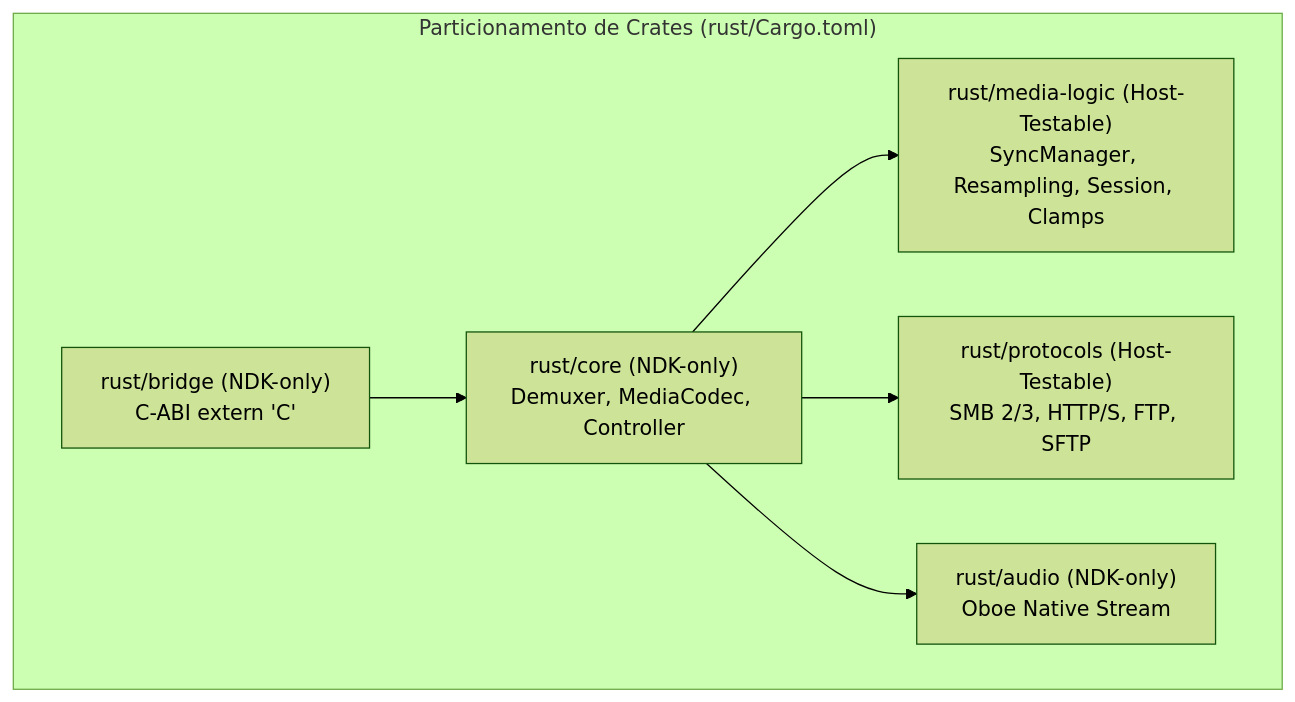
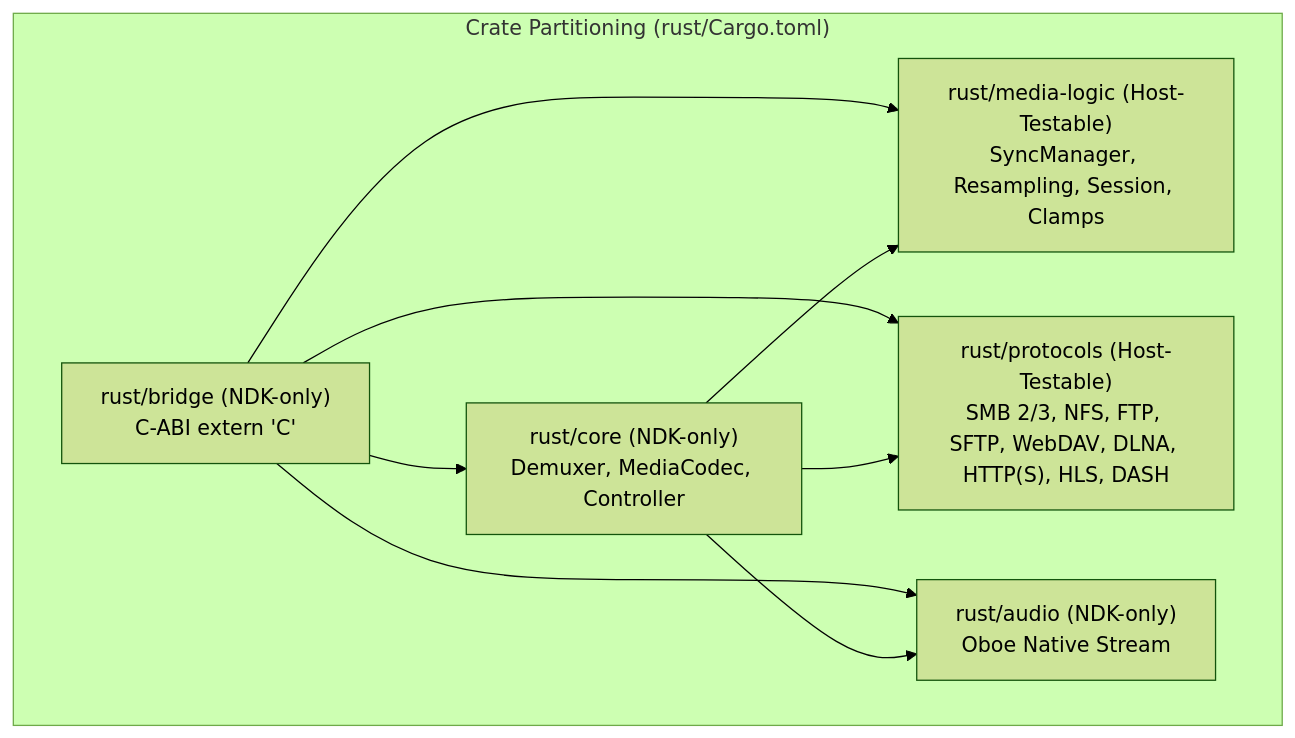
The third of 8 diagrams in docs/ARCHITECTURE.md (BGLuis/tucaVR), drawn with Mermaid (forest theme) before and after one commit. The commit also changed other lines of this file and 4 other files, not shown here.

````diff
--- a/docs/ARCHITECTURE.md
+++ b/docs/ARCHITECTURE.md
@@ -231,15 +238,18 @@
 ```mermaid
 graph TD
-    subgraph CRATES ["Particionamento de Crates (rust/Cargo.toml)"]
+    subgraph CRATES ["Crate Partitioning (rust/Cargo.toml)"]
         CORE["rust/core (NDK-only)\nDemuxer, MediaCodec, Controller"]
         AUDIO["rust/audio (NDK-only)\nOboe Native Stream"]
         LOGIC["rust/media-logic (Host-Testable)\nSyncManager, Resampling, Session, Clamps"]
-        PROTO["rust/protocols (Host-Testable)\nSMB 2/3, HTTP/S, FTP, SFTP"]
+        PROTO["rust/protocols (Host-Testable)\nSMB 2/3, NFS, FTP, SFTP, WebDAV, DLNA, HTTP(S), HLS, DASH"]
         BRIDGE["rust/bridge (NDK-only)\nC-ABI extern 'C'"]
     end
 
     BRIDGE --> CORE
+    BRIDGE --> LOGIC
+    BRIDGE --> PROTO
+    BRIDGE --> AUDIO
     CORE --> LOGIC
     CORE --> PROTO
     CORE --> AUDIO
 ```
````
